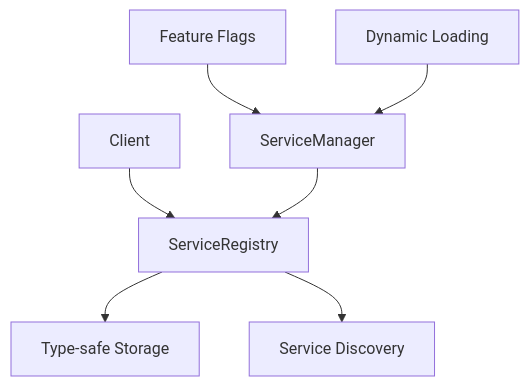
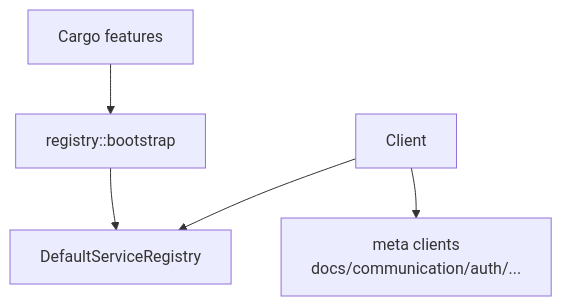
Before and after one commit to foxzool/open-lark: the diagram in crates/openlark-client/README.md, drawn with Mermaid. The commit also changed other lines of this file and 19 other files, not shown here.

````diff
--- a/crates/openlark-client/README.md
+++ b/crates/openlark-client/README.md
@@ -169,10 +169,7 @@
 ```mermaid
 graph TD
-    A[Client] --> B[ServiceRegistry]
-    B --> C[Type-safe Storage]
-    B --> D[Service Discovery]
-
-    E[ServiceManager] --> B
-    F[Feature Flags] --> E
-    G[Dynamic Loading] --> E
+    A[Client] --> B[DefaultServiceRegistry]
+    A --> C[meta clients<br/>docs/communication/auth/...]
+    D[registry::bootstrap] --> B
+    E[Cargo features] --> D
 ```
````
